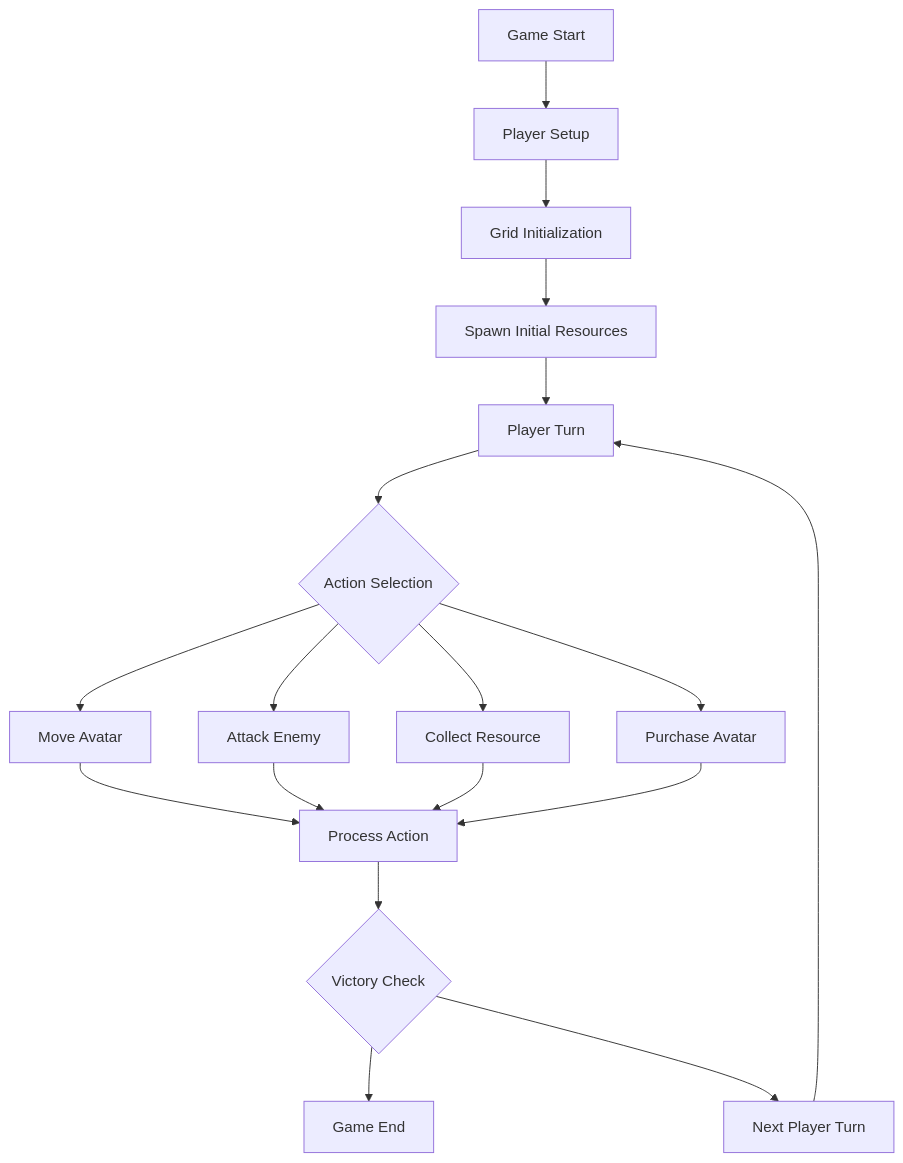
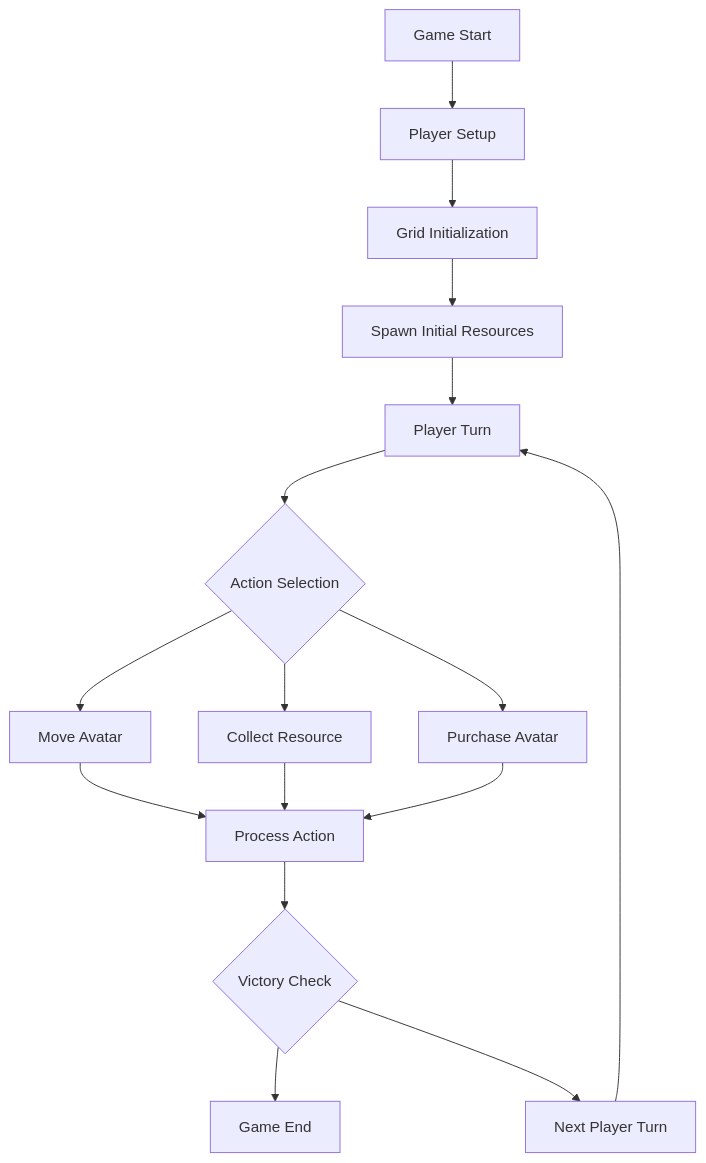
The first of 3 diagrams in documents/PyGridFight_PRD.md (ghislainpiot/PyGridFight), drawn with Mermaid before and after one commit. The commit also changed other lines of this file, not shown here.

````diff
--- a/documents/PyGridFight_PRD.md
+++ b/documents/PyGridFight_PRD.md
@@ -114,20 +102,18 @@
 ```mermaid
 graph TD
     A[Game Start] --> B[Player Setup]
     B --> C[Grid Initialization]
     C --> D[Spawn Initial Resources]
     D --> E[Player Turn]
     E --> F{Action Selection}
     F --> G[Move Avatar]
-    F --> H[Attack Enemy]
     F --> I[Collect Resource]
     F --> J[Purchase Avatar]
     G --> K[Process Action]
-    H --> K
     I --> K
     J --> K
     K --> L{Victory Check}
     L --> M[Game End]
     L --> N[Next Player Turn]
     N --> E
 ```
````
